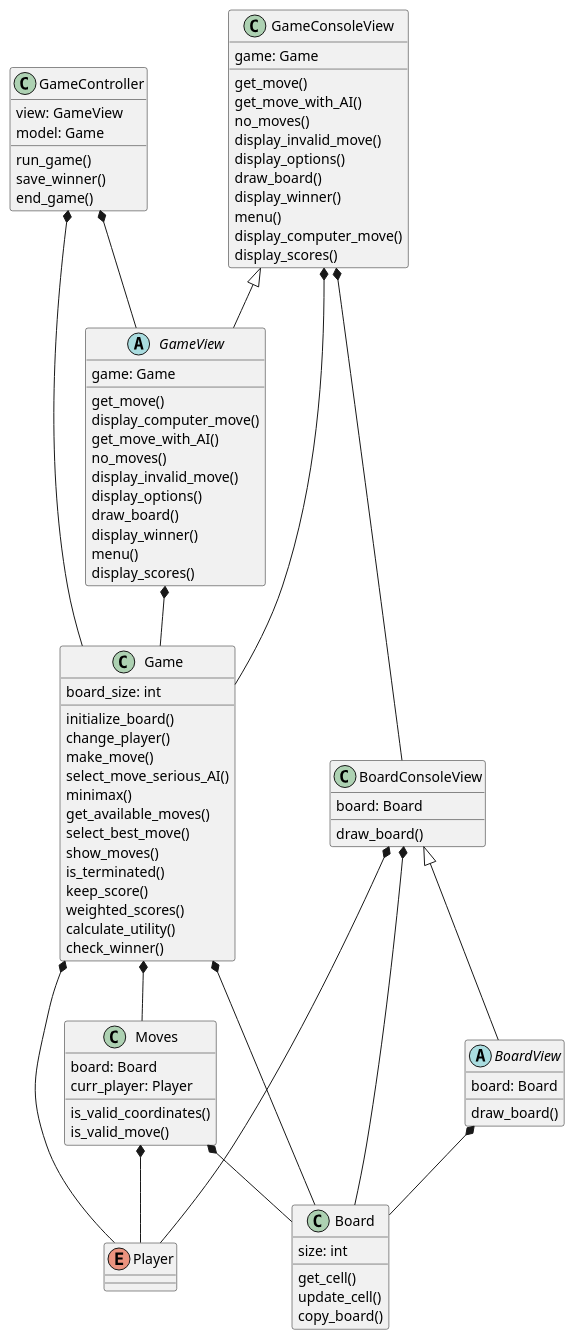
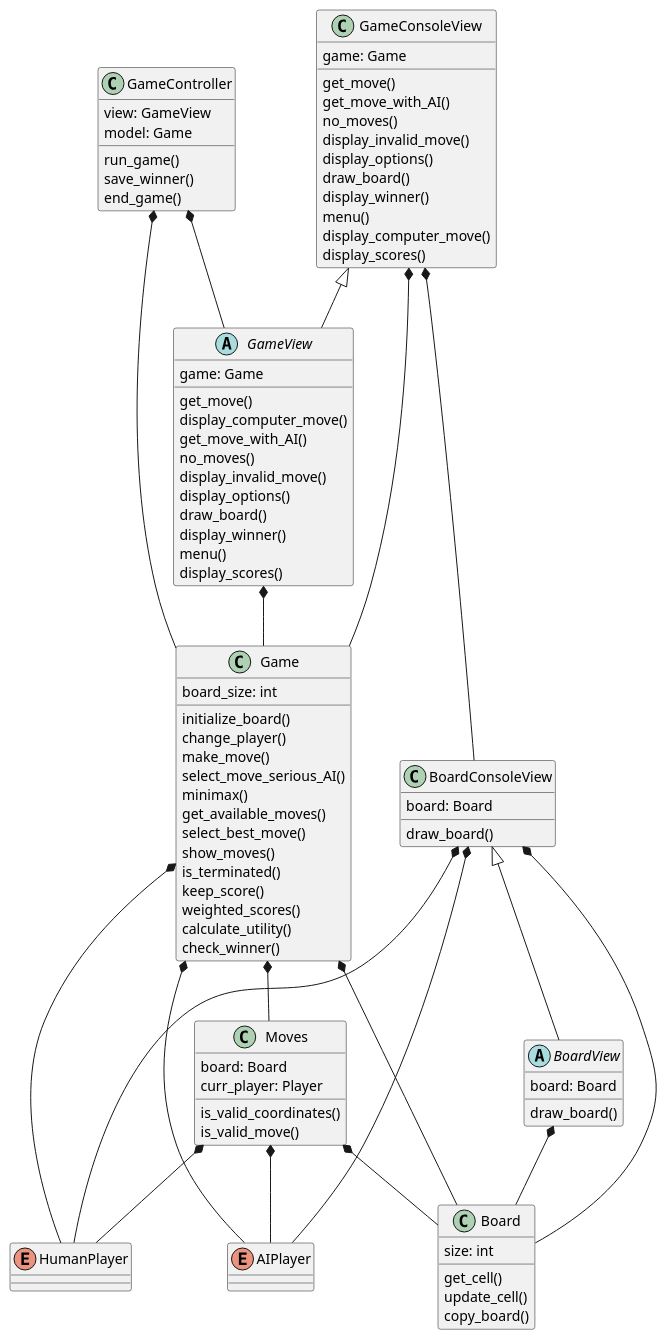
Before and after one commit to akuznetsova22/Reversi_game: the diagram in UML Python project.puml, drawn with PlantUML.

Commit message:
fixed the AI Player class

```diff
--- a/UML Python project.puml
+++ b/UML Python project.puml
@@ -1,95 +1,100 @@
 @startuml
 class GameController{
     view: GameView
     model: Game
     run_game()
     save_winner()
     end_game()
 }
 class Board{
     size: int
     get_cell()
     update_cell()
     copy_board()
 
 }
 class Game{
     board_size: int
     initialize_board()
     change_player()
     make_move()
     select_move_serious_AI()
     minimax()
     get_available_moves()
     select_best_move()
     show_moves()
     is_terminated()
     keep_score()
     weighted_scores()
     calculate_utility()
     check_winner()
 }
 class Moves{
     board: Board
     curr_player: Player
     is_valid_coordinates()
     is_valid_move()
 }
-enum Player{
+enum HumanPlayer{
+}
+enum AIPlayer{
 }
 
 class BoardConsoleView{
     board: Board
     draw_board()
 }
 
 abstract class BoardView{
     board: Board
     draw_board()
 }
 
 class GameConsoleView{
     game: Game
     get_move()
     get_move_with_AI()
     no_moves()
     display_invalid_move()
     display_options()
     draw_board()
     display_winner()
     menu()
     display_computer_move()
     display_scores()
 }
 
 abstract class GameView{
     game: Game
     get_move()
     display_computer_move()
     get_move_with_AI()
     no_moves()
     display_invalid_move()
     display_options()
     draw_board()
     display_winner()
     menu()
     display_scores()
 }
-Game *-- Player
+Game *-- HumanPlayer
+Game *-- AIPlayer
 Game *-- Board
 Game *-- Moves
 Moves *-- Board
-Moves *-- Player
+Moves *-- HumanPlayer
+Moves *--AIPlayer
 BoardView *-- Board 
 GameView *-- Game
 BoardConsoleView *-- Board
-BoardConsoleView *-- Player
+BoardConsoleView *--HumanPlayer
+BoardConsoleView *-- AIPlayer
 BoardConsoleView <|--BoardView
 GameConsoleView *-- BoardConsoleView
 GameConsoleView *-- Game
 GameConsoleView <|-- GameView
 
 GameController *-- Game
 GameController *-- GameView
 
 @enduml
```
